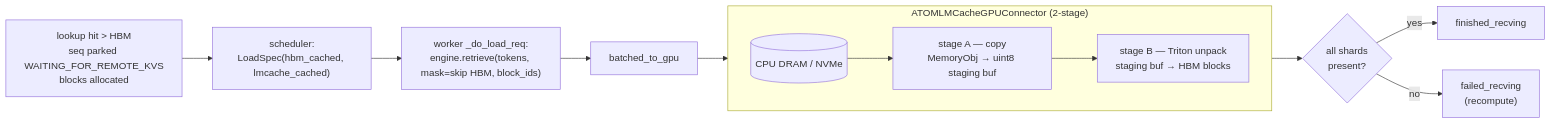
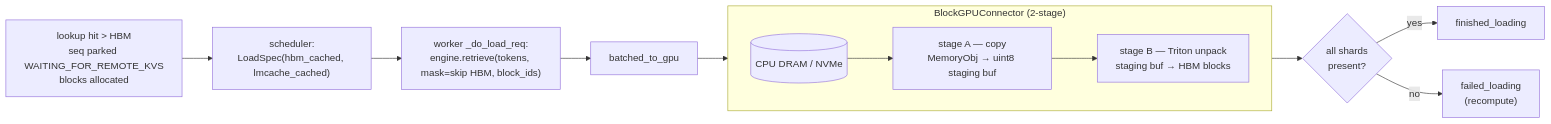
One commit to EricKing626/ATOM changed the third of 4 diagrams in atom/kv_transfer/offload/README.md. Above: the diagram before and after it, drawn with Mermaid. The commit also changed other lines of this file and 43 other files, not shown here.

````diff
--- a/atom/kv_transfer/offload/README.md
+++ b/atom/kv_transfer/offload/README.md
@@ -186,15 +343,15 @@
 ```mermaid
 flowchart LR
     A["lookup hit &gt; HBM<br/>seq parked WAITING_FOR_REMOTE_KVS<br/>blocks allocated"] --> B["scheduler:<br/>LoadSpec(hbm_cached, lmcache_cached)"]
     B --> C["worker _do_load_req:<br/>engine.retrieve(tokens, mask=skip HBM, block_ids)"]
     C --> D["batched_to_gpu"]
-    subgraph PIPE_L["ATOMLMCacheGPUConnector (2-stage)"]
+    subgraph PIPE_L["BlockGPUConnector (2-stage)"]
         direction LR
         S[("CPU DRAM / NVMe")] --> E["stage A — copy<br/>MemoryObj → uint8 staging buf"]
         E --> F["stage B — Triton unpack<br/>staging buf → HBM blocks"]
     end
     D --> E
     F --> G{"all shards<br/>present?"}
-    G -- yes --> H["finished_recving"]
-    G -- no --> I["failed_recving<br/>(recompute)"]
+    G -- yes --> H["finished_loading"]
+    G -- no --> I["failed_loading<br/>(recompute)"]
 ```
````
